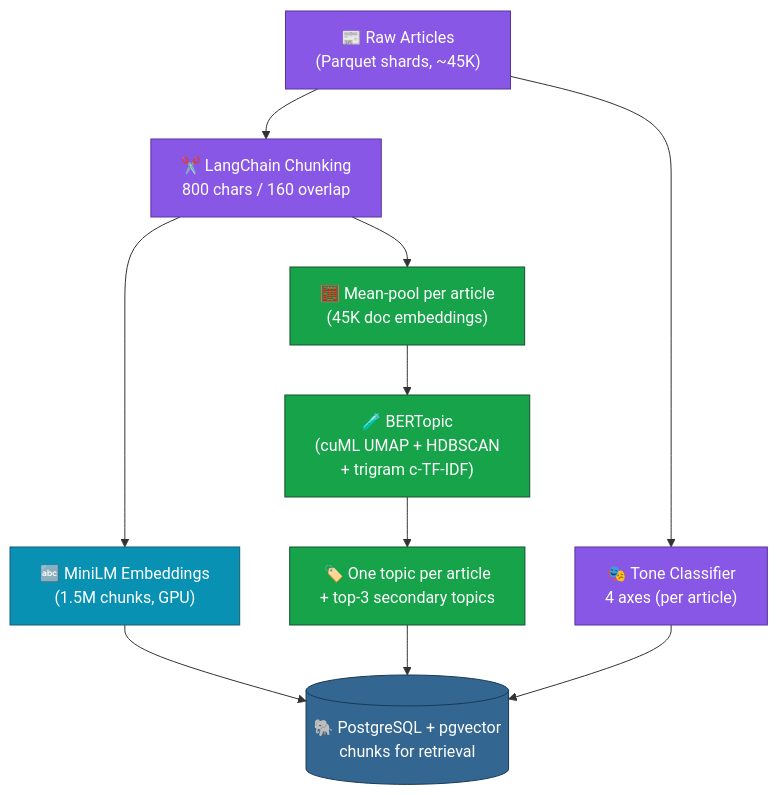
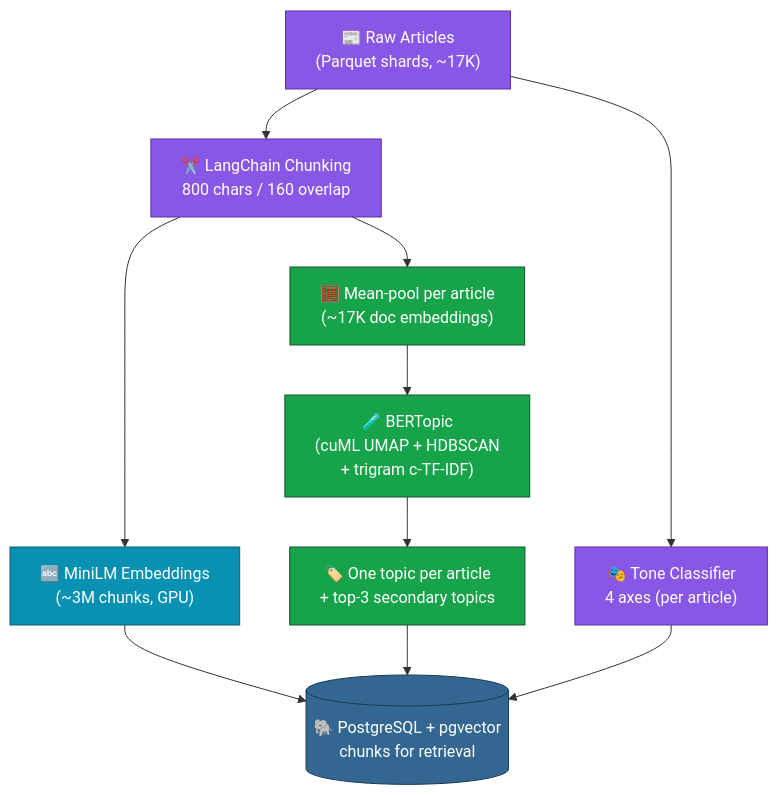
The third of 5 diagrams in README.md (Humbertxx/anarchy_project), drawn with Mermaid before and after one commit. The commit also changed other lines of this file and 2 other files, not shown here.

````diff
--- a/README.md
+++ b/README.md
@@ -273,22 +273,22 @@
 ```mermaid
 flowchart TD
-    A["📰 Raw Articles<br/>(Parquet shards, ~45K)"] --> B["✂️ LangChain Chunking<br/>800 chars / 160 overlap"]
-    B --> C["🔤 MiniLM Embeddings<br/>(1.5M chunks, GPU)"]
-    B --> D["🧮 Mean-pool per article<br/>(45K doc embeddings)"]
+    A["📰 Raw Articles<br/>(Parquet shards, ~17K)"] --> B["✂️ LangChain Chunking<br/>800 chars / 160 overlap"]
+    B --> C["🔤 MiniLM Embeddings<br/>(~3M chunks, GPU)"]
+    B --> D["🧮 Mean-pool per article<br/>(~17K doc embeddings)"]
     D --> E["🧪 BERTopic<br/>(cuML UMAP + HDBSCAN<br/>+ trigram c-TF-IDF)"]
     E --> F["🏷️ One topic per article<br/>+ top-3 secondary topics"]
     A --> G["🎭 Tone Classifier<br/>4 axes (per article)"]
     C --> H[("🐘 PostgreSQL + pgvector<br/>chunks for retrieval")]
     F --> H
     G --> H
 
     classDef step fill:#8957e5,stroke:#5a32a3,color:#fff
     classDef bertopic fill:#c026d3,stroke:#86198f,color:#fff
     classDef db fill:#336791,stroke:#1a3a52,color:#fff
     classDef chunk fill:#0891b2,stroke:#155e75,color:#fff
     classDef doc fill:#16a34a,stroke:#14532d,color:#fff
     class A,B,G step
     class C chunk
     class D,E,F doc
     class H db
 ```
````
